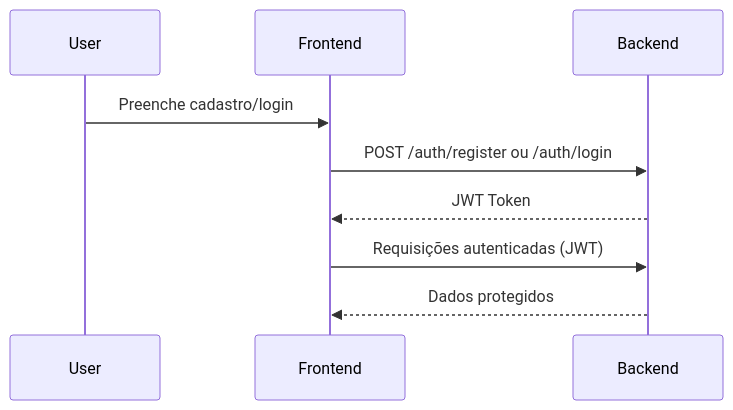
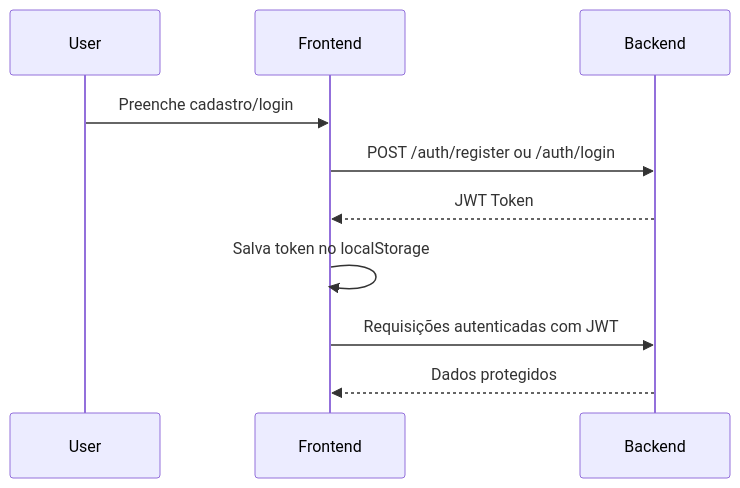
One commit to willrockoliv/gestor-de-leads-do-whatsapp changed the second of 3 diagrams in .github/ARCHITECTURE.md. Above: the diagram before and after it, drawn with Mermaid. The commit also changed other lines of this file and 6 other files, not shown here.

````diff
--- a/.github/ARCHITECTURE.md
+++ b/.github/ARCHITECTURE.md
@@ -156,11 +144,12 @@
 ```mermaid
 sequenceDiagram
     participant User
     participant Frontend
     participant Backend
     User->>Frontend: Preenche cadastro/login
     Frontend->>Backend: POST /auth/register ou /auth/login
     Backend-->>Frontend: JWT Token
-    Frontend->>Backend: Requisições autenticadas (JWT)
+    Frontend->>Frontend: Salva token no localStorage
+    Frontend->>Backend: Requisições autenticadas com JWT
     Backend-->>Frontend: Dados protegidos
 ```
````
